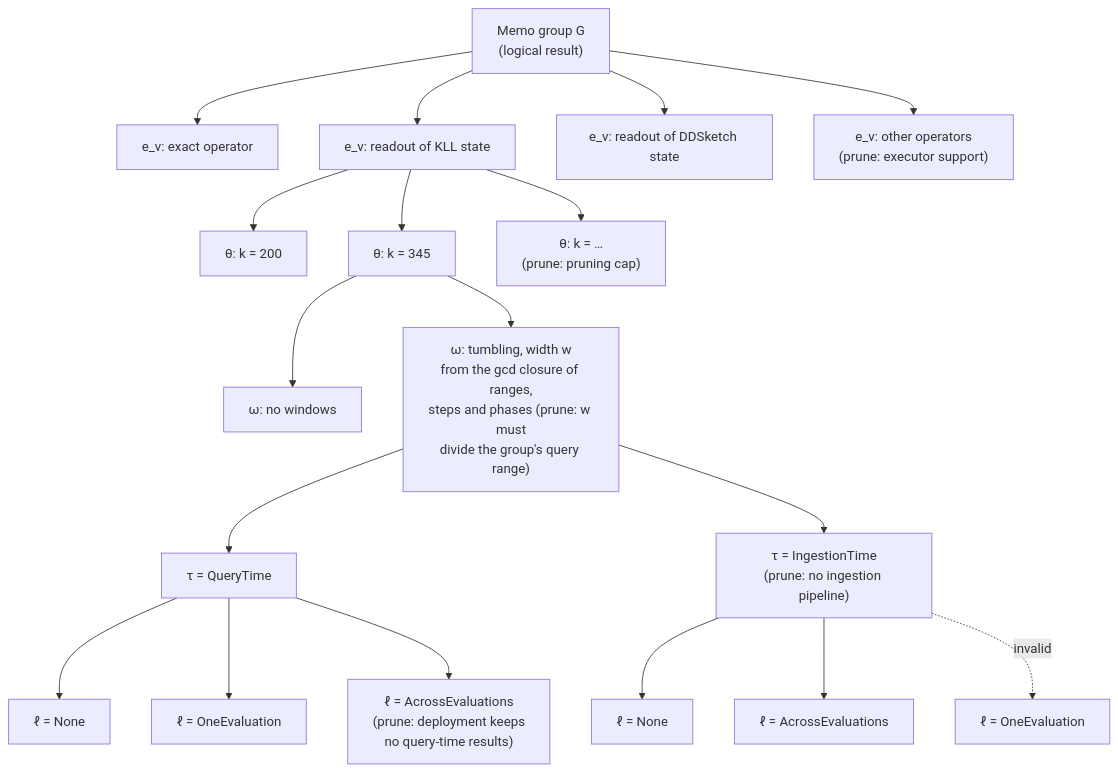
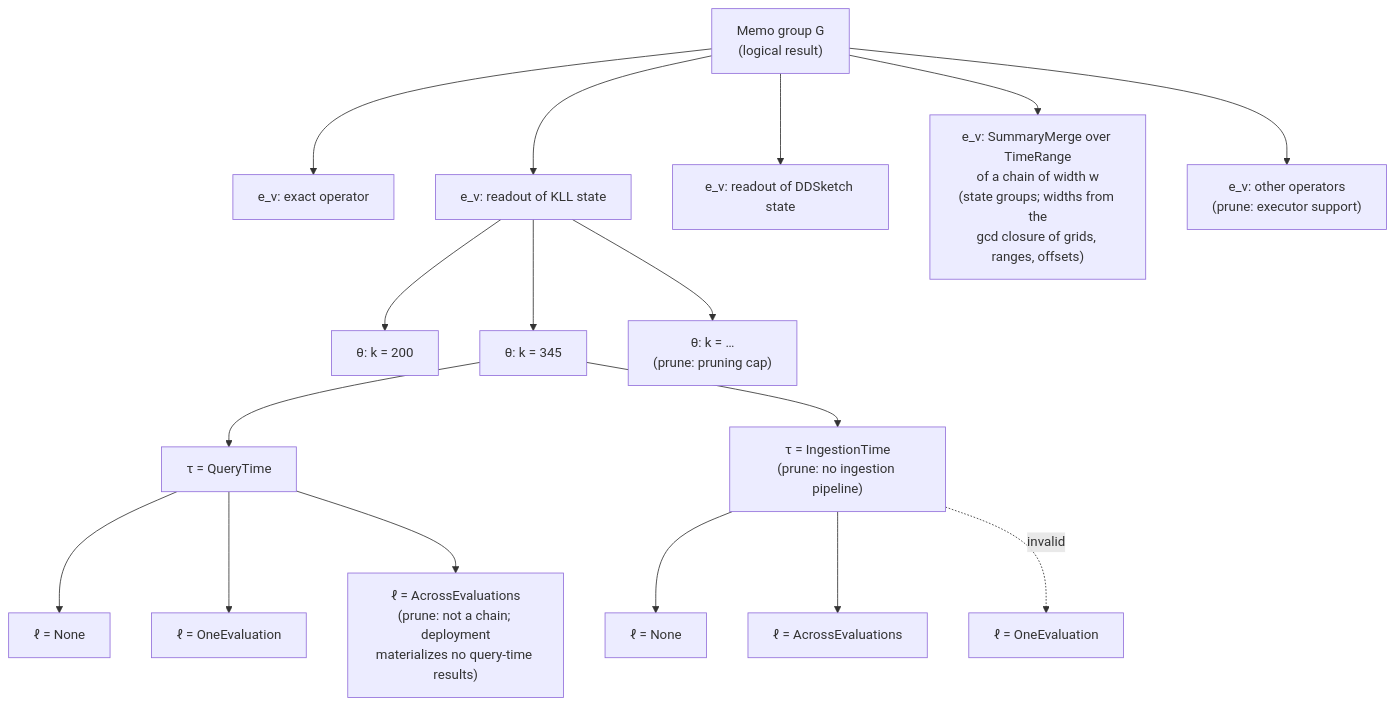
The diagram in docs/design_docs/concepts/memo-groups-properties-requirements.md (ProjectASAP/ASAPPlanner), drawn with Mermaid before and after one commit. The commit also changed other lines of this file, not shown here.

First line of the commit message:
docs(concepts): chain groups, general rollup rule, dead-candidate elimination, TimeBound coverage

````diff
--- a/docs/design_docs/concepts/memo-groups-properties-requirements.md
+++ b/docs/design_docs/concepts/memo-groups-properties-requirements.md
@@ -155,24 +161,22 @@
 ```mermaid
 flowchart TD
     G["Memo group G<br/>(logical result)"] --> R1["e_v: exact operator"]
     G --> R2["e_v: readout of KLL state"]
     G --> R3["e_v: readout of DDSketch state"]
+    G --> R5["e_v: SummaryMerge over TimeRange<br/>of a chain of width w<br/>(state groups; widths from the<br/>gcd closure of grids, ranges, offsets)"]
     G --> R4["e_v: other operators<br/>(prune: executor support)"]
 
     R2 --> T1["θ: k = 200"]
     R2 --> T2["θ: k = 345"]
     R2 --> T3["θ: k = …<br/>(prune: pruning cap)"]
 
-    T2 --> W1["ω: no windows"]
-    T2 --> W2["ω: tumbling, width w<br/>from the gcd closure of ranges,<br/>steps and phases (prune: w must<br/>divide the group's query range)"]
-
-    W2 --> P1["τ = QueryTime"]
-    W2 --> P2["τ = IngestionTime<br/>(prune: no ingestion pipeline)"]
+    T2 --> P1["τ = QueryTime"]
+    T2 --> P2["τ = IngestionTime<br/>(prune: no ingestion pipeline)"]
 
     P1 --> L1["ℓ = None"]
     P1 --> L2["ℓ = OneEvaluation"]
-    P1 --> L3["ℓ = AcrossEvaluations<br/>(prune: deployment keeps<br/>no query-time results)"]
+    P1 --> L3["ℓ = AcrossEvaluations<br/>(prune: not a chain; deployment<br/>materializes no query-time results)"]
     P2 --> L4["ℓ = None"]
     P2 --> L5["ℓ = AcrossEvaluations"]
     P2 -. invalid .-> L6["ℓ = OneEvaluation"]
 ```
````
